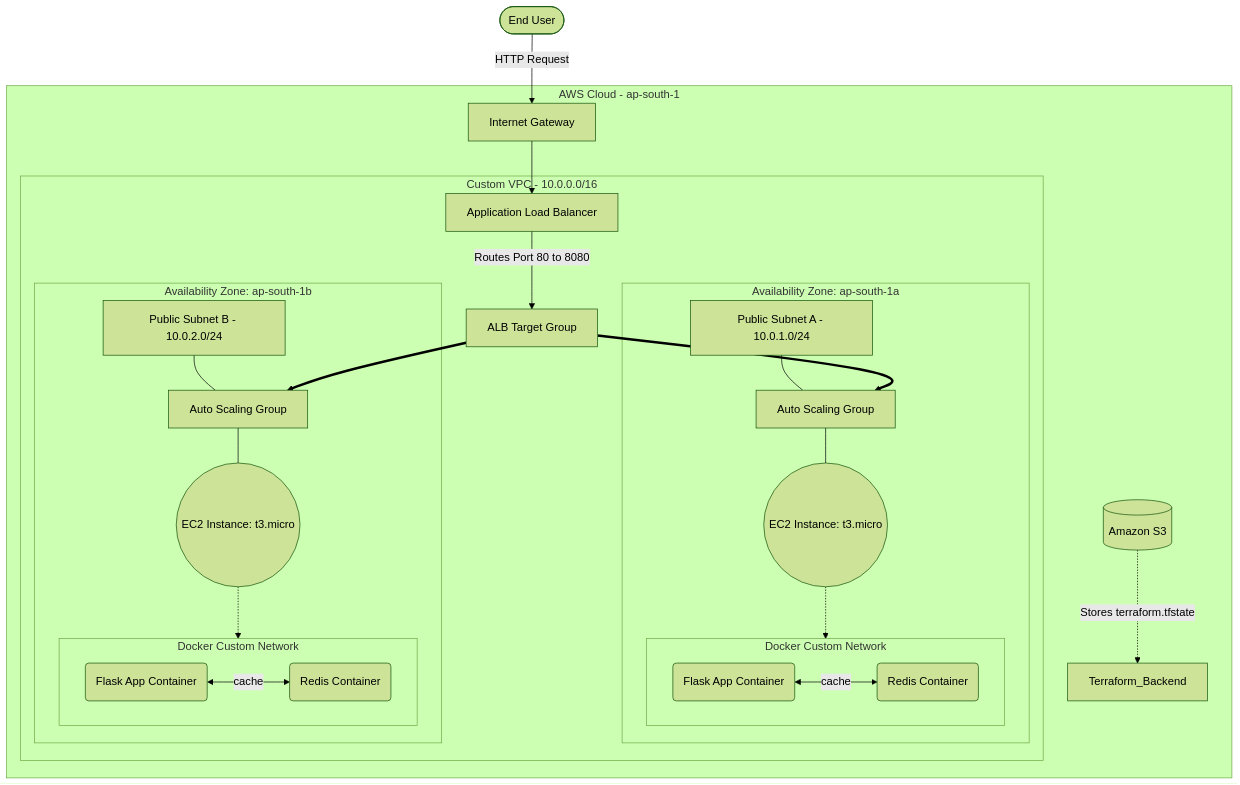
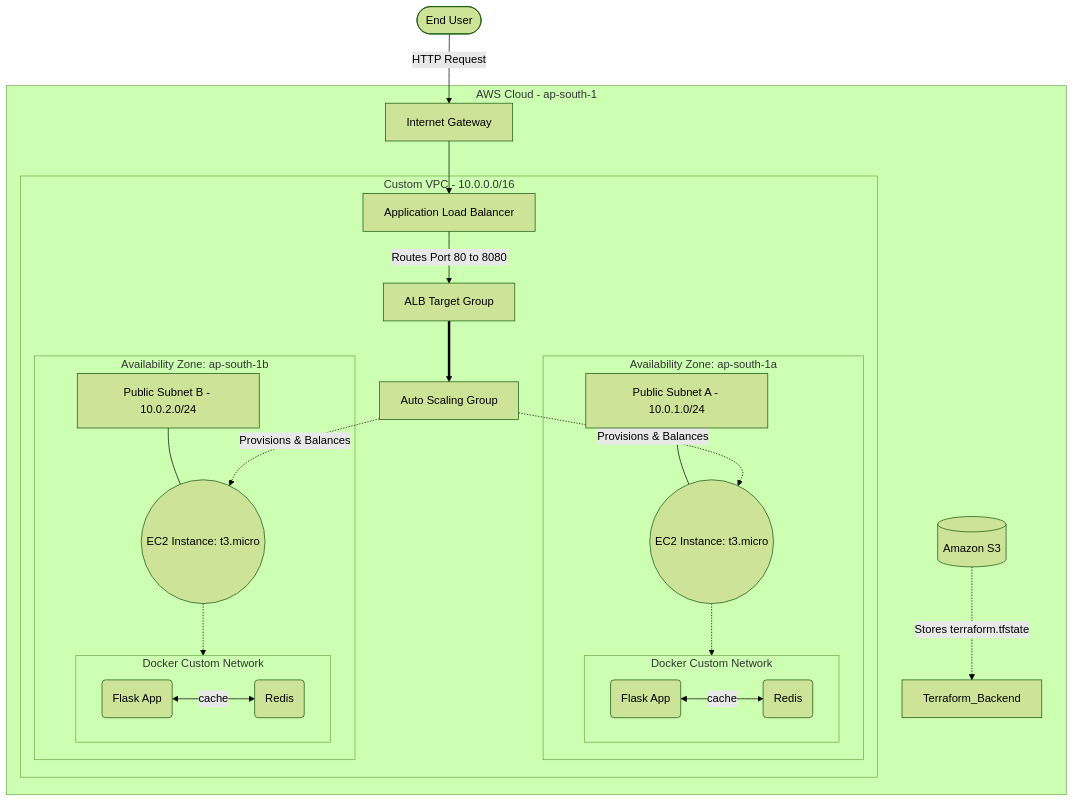
One commit to thamizhanbu-k/aws-infra-terraform changed the diagram in README.md. Above: the diagram before and after it, drawn with Mermaid (forest theme).

Commit message:
docs: update architecture diagram to accurately reflect cross-AZ ASG

````diff
--- a/README.md
+++ b/README.md
@@ -7,45 +7,42 @@
 ```mermaid
 graph TD
     User([End User]) -->|HTTP Request| IGW[Internet Gateway]
     
     subgraph AWS_Cloud [AWS Cloud - ap-south-1]
         IGW --> ALB[Application Load Balancer]
         
         subgraph Custom_VPC [Custom VPC - 10.0.0.0/16]
             ALB -->|Routes Port 80 to 8080| TargetGroup[ALB Target Group]
+            TargetGroup ==> ASG[Auto Scaling Group]
             
             subgraph AZ_A [Availability Zone: ap-south-1a]
                 SubnetA[Public Subnet A - 10.0.1.0/24]
-                ASG_A[Auto Scaling Group]
                 EC2_A((EC2 Instance: t3.micro))
                 
-                SubnetA --- ASG_A
-                ASG_A --- EC2_A
+                SubnetA --- EC2_A
                 
                 subgraph Docker_Net_A [Docker Custom Network]
-                    App_A(Flask App Container) <-->|cache| Redis_A(Redis Container)
+                    App_A(Flask App) <-->|cache| Redis_A(Redis)
                 end
                 EC2_A -.-> Docker_Net_A
             end
             
             subgraph AZ_B [Availability Zone: ap-south-1b]
                 SubnetB[Public Subnet B - 10.0.2.0/24]
-                ASG_B[Auto Scaling Group]
                 EC2_B((EC2 Instance: t3.micro))
                 
-                SubnetB --- ASG_B
-                ASG_B --- EC2_B
+                SubnetB --- EC2_B
                 
                 subgraph Docker_Net_B [Docker Custom Network]
-                    App_B(Flask App Container) <-->|cache| Redis_B(Redis Container)
+                    App_B(Flask App) <-->|cache| Redis_B(Redis)
                 end
                 EC2_B -.-> Docker_Net_B
             end
             
-            TargetGroup ==> ASG_A
-            TargetGroup ==> ASG_B
+            ASG -.->|Provisions & Balances| EC2_A
+            ASG -.->|Provisions & Balances| EC2_B
         end
         
         S3[(Amazon S3)] -.->|Stores terraform.tfstate| Terraform_Backend
     end
 ```
````
